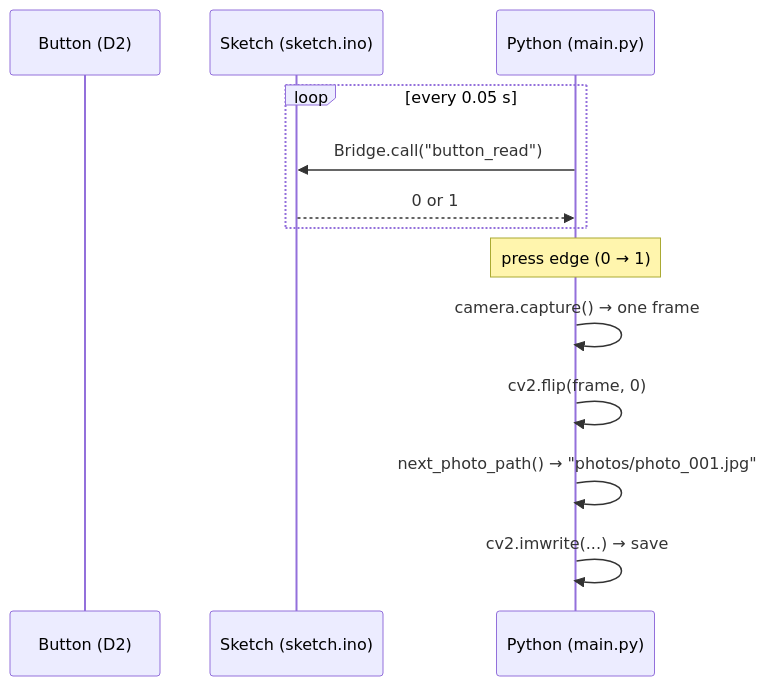
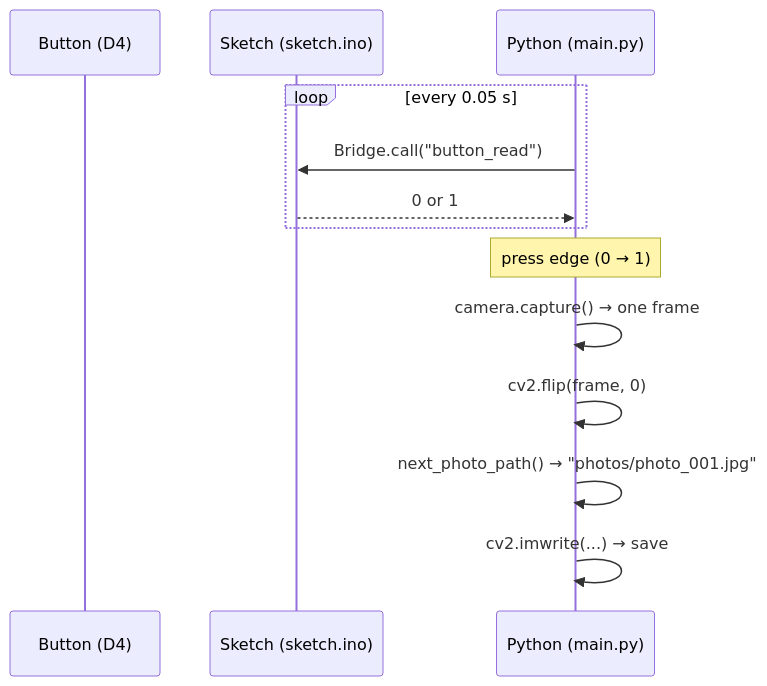
One commit to sunfounder/unoq-ai-kit changed the diagram in docs/source/media/8_camera_snapshot.rst. Above: the diagram before and after it, drawn with Mermaid. The commit also changed other lines of this file and 38 other files, not shown here.

```diff
--- a/docs/source/media/8_camera_snapshot.rst
+++ b/docs/source/media/8_camera_snapshot.rst
@@ -70,16 +70,16 @@
 .. mermaid::
 
    sequenceDiagram
-       participant B as Button (D2)
+       participant B as Button (D4)
        participant S as Sketch (sketch.ino)
        participant P as Python (main.py)
 
        loop every 0.05 s
            P->>S: Bridge.call("button_read")
            S-->>P: 0 or 1
        end
        Note over P: press edge (0 → 1)
        P->>P: camera.capture() → one frame
        P->>P: cv2.flip(frame, 0)
        P->>P: next_photo_path() → "photos/photo_001.jpg"
        P->>P: cv2.imwrite(...) → save
```
